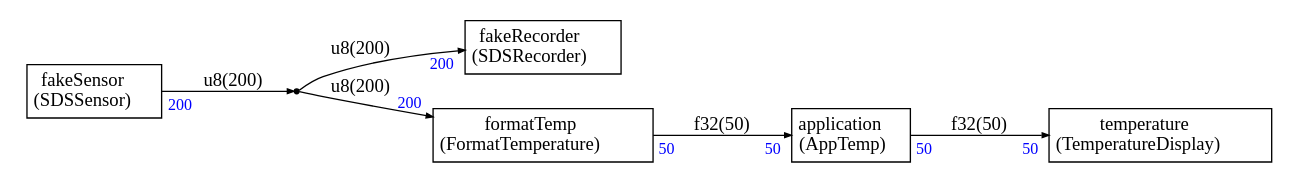
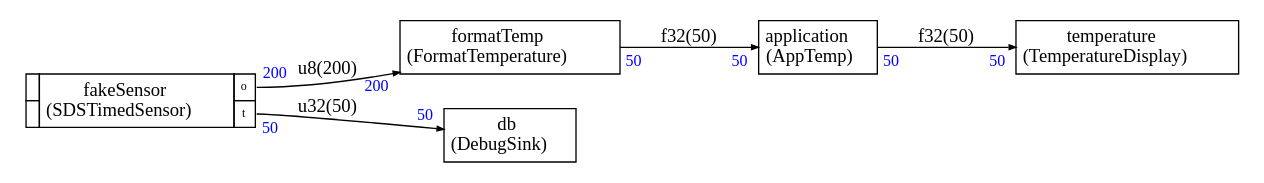
Before and after one commit to christophe0606/SDS-Framework: the diagram in demo/Stream/demo.dot, drawn with Graphviz. The commit also changed 15 other files, not shown here.

```diff
--- a/demo/Stream/demo.dot
+++ b/demo/Stream/demo.dot
@@ -1,82 +1,83 @@
 
 
 
 
 digraph structs {
     node [shape=plaintext]
     rankdir=LR
     edge [arrowsize=0.5]
     fontname="times"
 
 
 application [label=<
 <TABLE BORDER="0" CELLBORDER="1" CELLSPACING="0" CELLPADDING="4">
   <TR>
     <TD ALIGN="CENTER" PORT="i">application<BR/>(AppTemp)</TD>
   </TR>
 </TABLE>>];
 
-dup0 [shape=point,label=dup0]
-
-fakeRecorder [label=<
+db [label=<
 <TABLE BORDER="0" CELLBORDER="1" CELLSPACING="0" CELLPADDING="4">
   <TR>
-    <TD ALIGN="CENTER" PORT="i">fakeRecorder<BR/>(SDSRecorder)</TD>
+    <TD ALIGN="CENTER" PORT="i">db<BR/>(DebugSink)</TD>
   </TR>
 </TABLE>>];
+
 
 fakeSensor [label=<
 <TABLE BORDER="0" CELLBORDER="1" CELLSPACING="0" CELLPADDING="4">
   <TR>
-    <TD ALIGN="CENTER" PORT="i">fakeSensor<BR/>(SDSSensor)</TD>
+    <TD></TD>
+    <TD ALIGN="CENTER" ROWSPAN="2">fakeSensor<BR/>(SDSTimedSensor)</TD>
+    <TD PORT="o"><FONT POINT-SIZE="9.0">o</FONT></TD>
   </TR>
+<TR>
+ 
+<TD></TD>
+<TD PORT="t"><FONT POINT-SIZE="9.0">t</FONT></TD>
+</TR>
+
 </TABLE>>];
 
 formatTemp [label=<
 <TABLE BORDER="0" CELLBORDER="1" CELLSPACING="0" CELLPADDING="4">
   <TR>
     <TD ALIGN="CENTER" PORT="i">formatTemp<BR/>(FormatTemperature)</TD>
   </TR>
 </TABLE>>];
 
 temperature [label=<
 <TABLE BORDER="0" CELLBORDER="1" CELLSPACING="0" CELLPADDING="4">
   <TR>
     <TD ALIGN="CENTER" PORT="i">temperature<BR/>(TemperatureDisplay)</TD>
   </TR>
 </TABLE>>];
 
 
 
+fakeSensor:o -> formatTemp:i [label="u8(200)"
+,headlabel=<<TABLE BORDER="0" CELLPADDING="2"><TR><TD><FONT COLOR="blue" POINT-SIZE="12.0" >200</FONT>
+</TD></TR></TABLE>>
+,taillabel=<<TABLE BORDER="0" CELLPADDING="2"><TR><TD><FONT COLOR="blue" POINT-SIZE="12.0" >200</FONT>
+</TD></TR></TABLE>>]
+
 formatTemp:i -> application:i [label="f32(50)"
 ,headlabel=<<TABLE BORDER="0" CELLPADDING="2"><TR><TD><FONT COLOR="blue" POINT-SIZE="12.0" >50</FONT>
 </TD></TR></TABLE>>
 ,taillabel=<<TABLE BORDER="0" CELLPADDING="2"><TR><TD><FONT COLOR="blue" POINT-SIZE="12.0" >50</FONT>
 </TD></TR></TABLE>>]
 
 application:i -> temperature:i [label="f32(50)"
 ,headlabel=<<TABLE BORDER="0" CELLPADDING="2"><TR><TD><FONT COLOR="blue" POINT-SIZE="12.0" >50</FONT>
 </TD></TR></TABLE>>
 ,taillabel=<<TABLE BORDER="0" CELLPADDING="2"><TR><TD><FONT COLOR="blue" POINT-SIZE="12.0" >50</FONT>
 </TD></TR></TABLE>>]
 
-fakeSensor:i ->  
-dup0 [label="u8(200)"
-
-,taillabel=<<TABLE BORDER="0" CELLPADDING="2"><TR><TD><FONT COLOR="blue" POINT-SIZE="12.0" >200</FONT>
+fakeSensor:t -> db:i [label="u32(50)"
+,headlabel=<<TABLE BORDER="0" CELLPADDING="2"><TR><TD><FONT COLOR="blue" POINT-SIZE="12.0" >50</FONT>
+</TD></TR></TABLE>>
+,taillabel=<<TABLE BORDER="0" CELLPADDING="2"><TR><TD><FONT COLOR="blue" POINT-SIZE="12.0" >50</FONT>
 </TD></TR></TABLE>>]
-
- 
-dup0 -> formatTemp:i [label="u8(200)"
-,headlabel=<<TABLE BORDER="0" CELLPADDING="2"><TR><TD><FONT COLOR="blue" POINT-SIZE="12.0" >200</FONT>
-</TD></TR></TABLE>>
-]
-
- 
-dup0 -> fakeRecorder:i [label="u8(200)"
-,headlabel=<<TABLE BORDER="0" CELLPADDING="2"><TR><TD><FONT COLOR="blue" POINT-SIZE="12.0" >200</FONT>
-</TD></TR></TABLE>>
-]
 
 
 }
```
